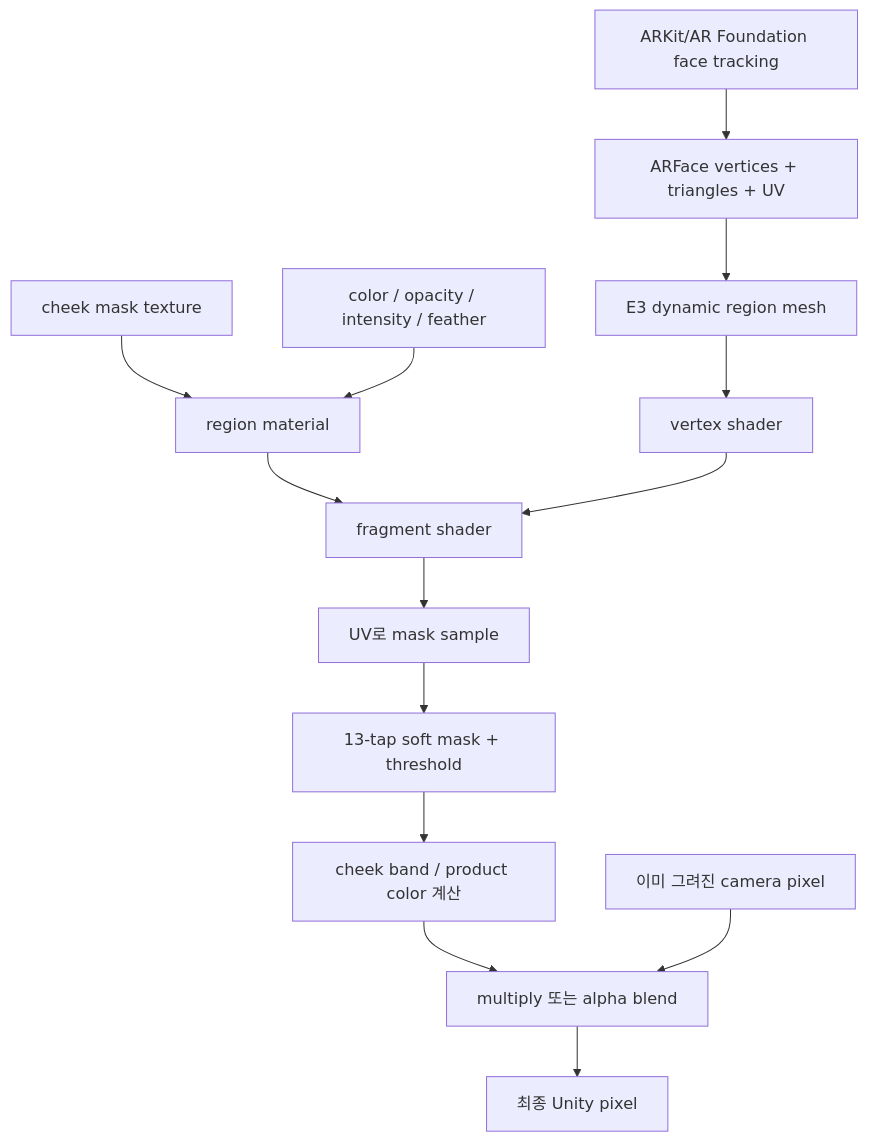
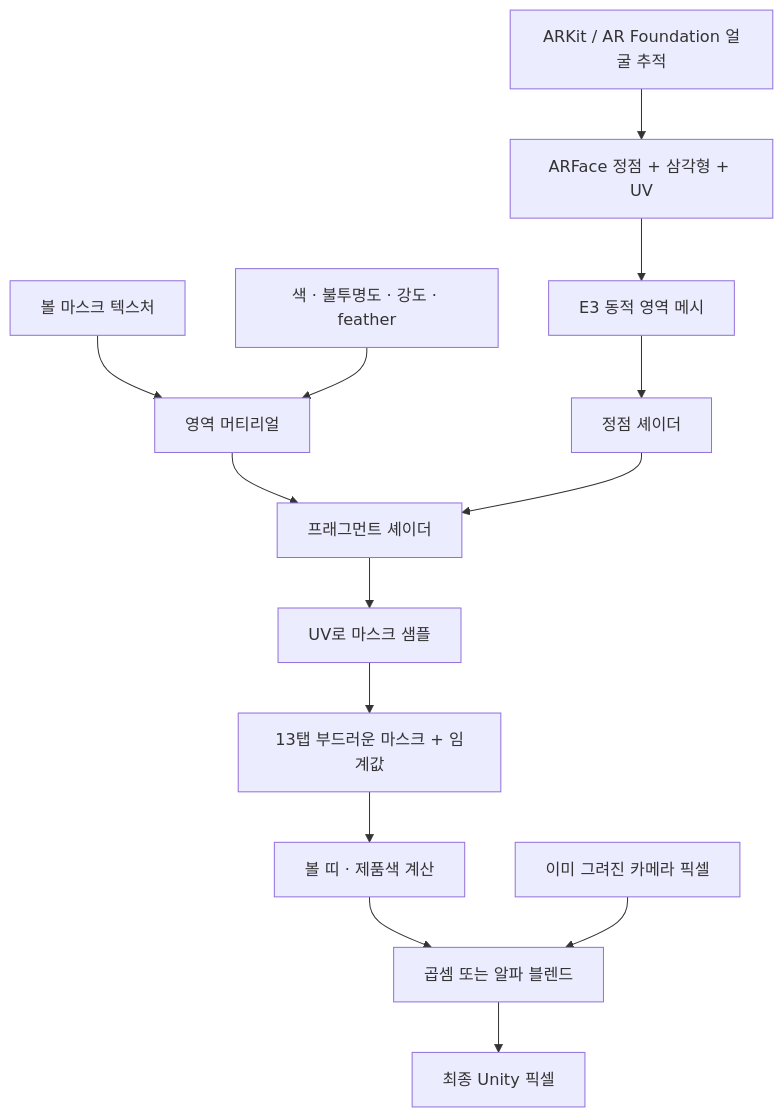
One commit to devhyun05/aura-the-beauty-app changed the fifth of 6 diagrams in docs/unity-ar/AR_MAKEUP_RENDERING_PIPELINE_REPORT_KO.md. Above: the diagram before and after it, drawn with Mermaid. The commit also changed other lines of this file, not shown here.

First line of the commit message:
docs(unity-ar): AR 파이프라인 보고서 가독성 개선

````diff
--- a/docs/unity-ar/AR_MAKEUP_RENDERING_PIPELINE_REPORT_KO.md
+++ b/docs/unity-ar/AR_MAKEUP_RENDERING_PIPELINE_REPORT_KO.md
@@ -798,17 +838,17 @@
 ```mermaid
 flowchart TD
-    F[ARKit/AR Foundation face tracking]
-    F --> M[ARFace vertices + triangles + UV]
-    M --> DM[E3 dynamic region mesh]
-    A[cheek mask texture] --> MAT[region material]
-    P[color / opacity / intensity / feather] --> MAT
-    DM --> VS[vertex shader]
-    MAT --> FS[fragment shader]
+    F[ARKit / AR Foundation 얼굴 추적]
+    F --> M[ARFace 정점 + 삼각형 + UV]
+    M --> DM[E3 동적 영역 메시]
+    A[볼 마스크 텍스처] --> MAT[영역 머티리얼]
+    P[색 · 불투명도 · 강도 · feather] --> MAT
+    DM --> VS[정점 셰이더]
+    MAT --> FS[프래그먼트 셰이더]
     VS --> FS
-    FS --> S1[UV로 mask sample]
-    S1 --> S2[13-tap soft mask + threshold]
-    S2 --> S3[cheek band / product color 계산]
-    S3 --> B[multiply 또는 alpha blend]
-    C[이미 그려진 camera pixel] --> B
-    B --> OUT[최종 Unity pixel]
+    FS --> S1[UV로 마스크 샘플]
+    S1 --> S2[13탭 부드러운 마스크 + 임계값]
+    S2 --> S3[볼 띠 · 제품색 계산]
+    S3 --> B[곱셈 또는 알파 블렌드]
+    C[이미 그려진 카메라 픽셀] --> B
+    B --> OUT[최종 Unity 픽셀]
 ```
````
